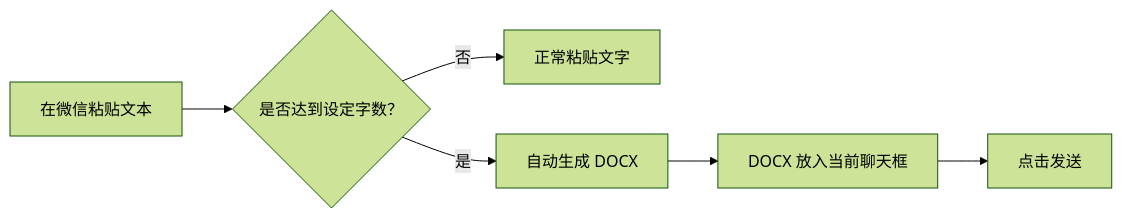
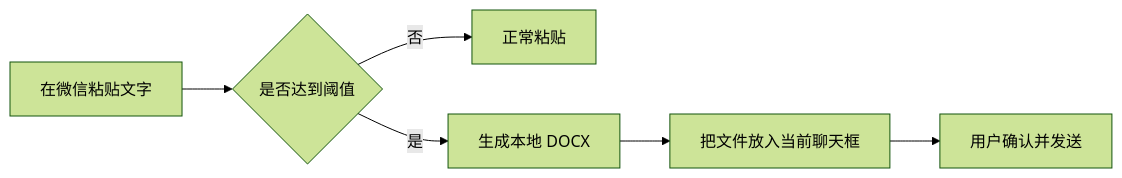
The first of 2 diagrams in README.md (52css/Coze), drawn with Mermaid (forest theme) before and after one commit. The commit also changed other lines of this file and 12 other files, not shown here.

````diff
--- a/README.md
+++ b/README.md
@@ -17,8 +18,8 @@
 ```mermaid
 flowchart LR
-    A[在微信粘贴文本] --> B{是否达到设定字数？}
-    B -- 否 --> C[正常粘贴文字]
-    B -- 是 --> D[自动生成 DOCX]
-    D --> E[DOCX 放入当前聊天框]
-    E --> F[点击发送]
+    A[在微信粘贴文字] --> B{是否达到阈值}
+    B -- 否 --> C[正常粘贴]
+    B -- 是 --> D[生成本地 DOCX]
+    D --> E[把文件放入当前聊天框]
+    E --> F[用户确认并发送]
 ```
````
